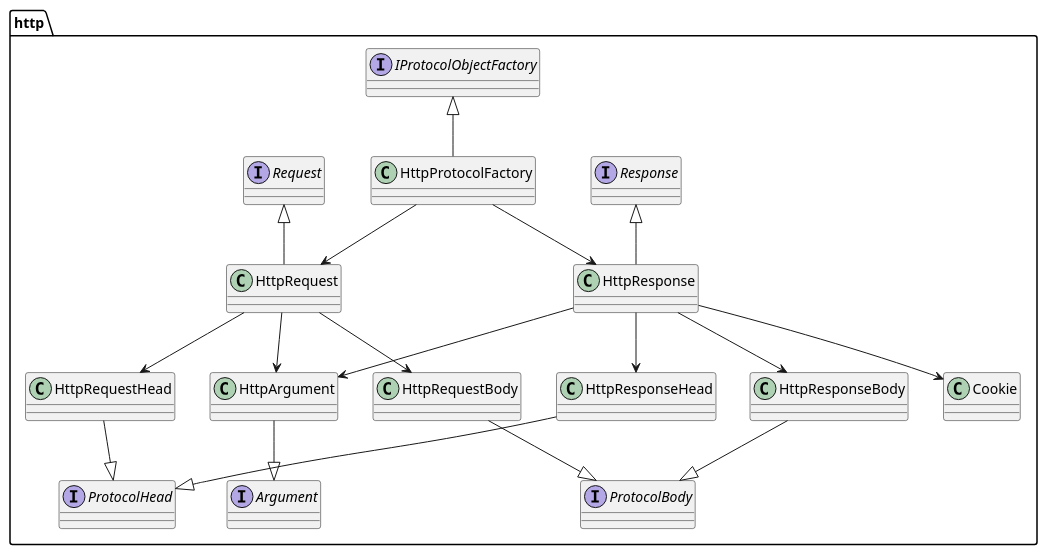
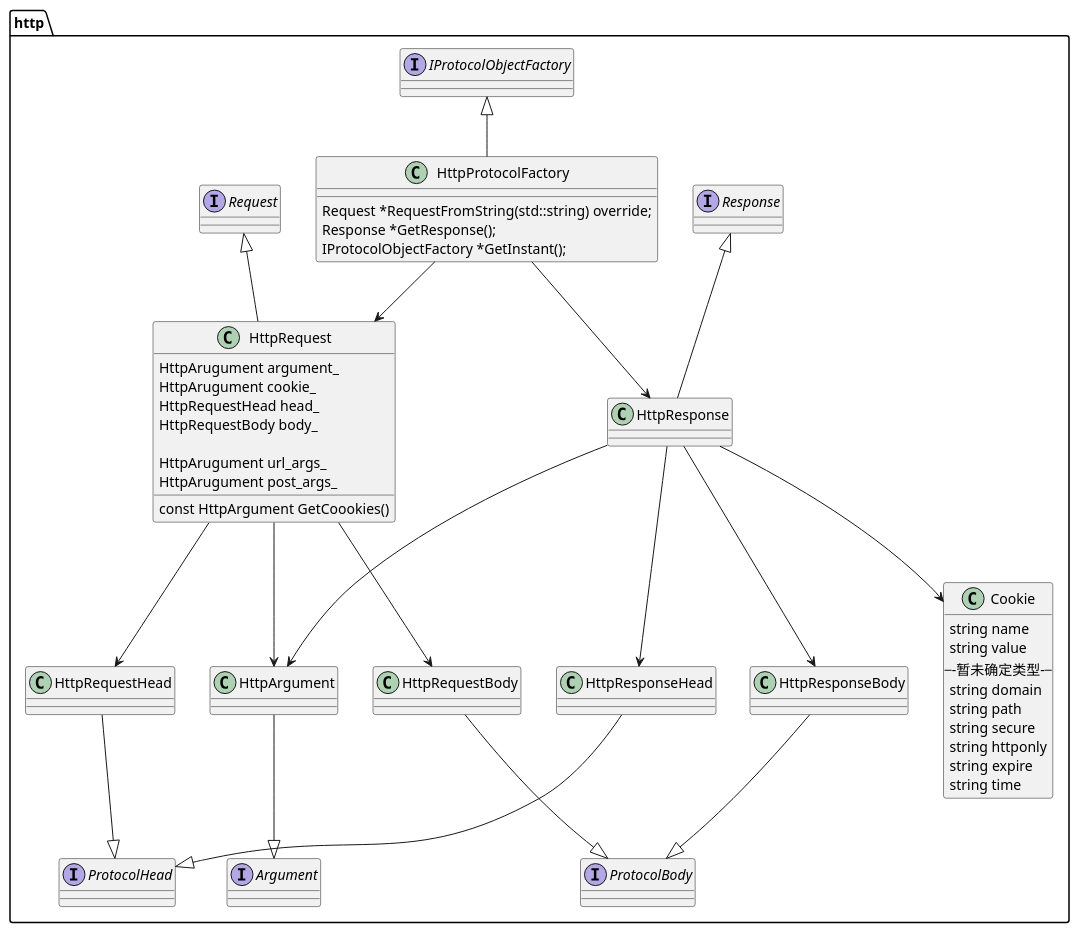
Before and after one commit to lzxZz/dlagon: the diagram in doc/http/struct.wsd, drawn with PlantUML. The commit also changed 14 other files, not shown here.

```diff
--- a/doc/http/struct.wsd
+++ b/doc/http/struct.wsd
@@ -1,85 +1,110 @@
 @startuml "http_struct"
 
 ' package net{
 '    class Socket{
 '       std::shared_ptr<int> fd_
 '    }
 '    class EndPoint
 '    class TcpServerSocket{
 '       void Bind(int)
 '       void Listen(int)
 '       TcpClientSocket  *Accept()
 '    }
 '    class TcpClientSocket{
 '       void Send(std::string)
 '       std::string Received()
 '       void Connect()
 '    }
 
 '    interface INetServerSocketAdapter
 '    interface INetClientSocketAdapter
 
 '    INetServerSocketAdapter <|-- TcpServerSocket 
 '    INetClientSocketAdapter <|-- TcpClientSocket 
 '    Socket <-- TcpClientSocket 
 '    EndPoint <-- TcpClientSocket 
 '    Socket <-- TcpServerSocket 
 ' }
 
 package http{
    interface Response
    interface Request
+   interface Argument
    interface ProtocolHead
    interface ProtocolBody
-   interface Argument
+   
+   
 
    class HttpResponse
-   class HttpRequest
+   class HttpRequest{
+      HttpArugument argument_
+      HttpArugument cookie_
+      HttpRequestHead head_
+      HttpRequestBody body_
+      
+      HttpArugument url_args_
+      HttpArugument post_args_
+      const HttpArgument GetCoookies()
+   }
 
    class HttpResponseHead
    class HttpRequestHead
 
    class HttpResponseBody
    class HttpRequestBody
 
    class HttpArgument
 
    HttpArgument --|> Argument
 
    HttpResponseBody --|> ProtocolBody
    HttpRequestBody  --|> ProtocolBody
 
    HttpResponseHead --|> ProtocolHead
    HttpRequestHead --|> ProtocolHead
 
    Response <|-- HttpResponse
    Request  <|-- HttpRequest 
 
 
    HttpRequest --> HttpRequestHead
    HttpRequest --> HttpArgument
    HttpRequest --> HttpRequestBody  
 
    HttpResponse --> HttpResponseHead
    HttpResponse --> HttpArgument
    HttpResponse --> HttpResponseBody
 
    interface IProtocolObjectFactory
 
-   class HttpProtocolFactory
+   class HttpProtocolFactory{
+      Request *RequestFromString(std::string) override;
+      Response *GetResponse();
+      IProtocolObjectFactory *GetInstant();
+   }
 
 
    HttpProtocolFactory --> HttpResponse
    HttpProtocolFactory --> HttpRequest
 
    IProtocolObjectFactory <|-- HttpProtocolFactory
 
-   class Cookie
+   class Cookie{
+      string name
+      string value
+      ---暂未确定类型---
+      string domain
+      string path
+      string secure
+      string httponly
+      string expire
+      string time
+   }
 
    HttpResponse --> Cookie
 }
 
 
 
 
 @enduml
```
